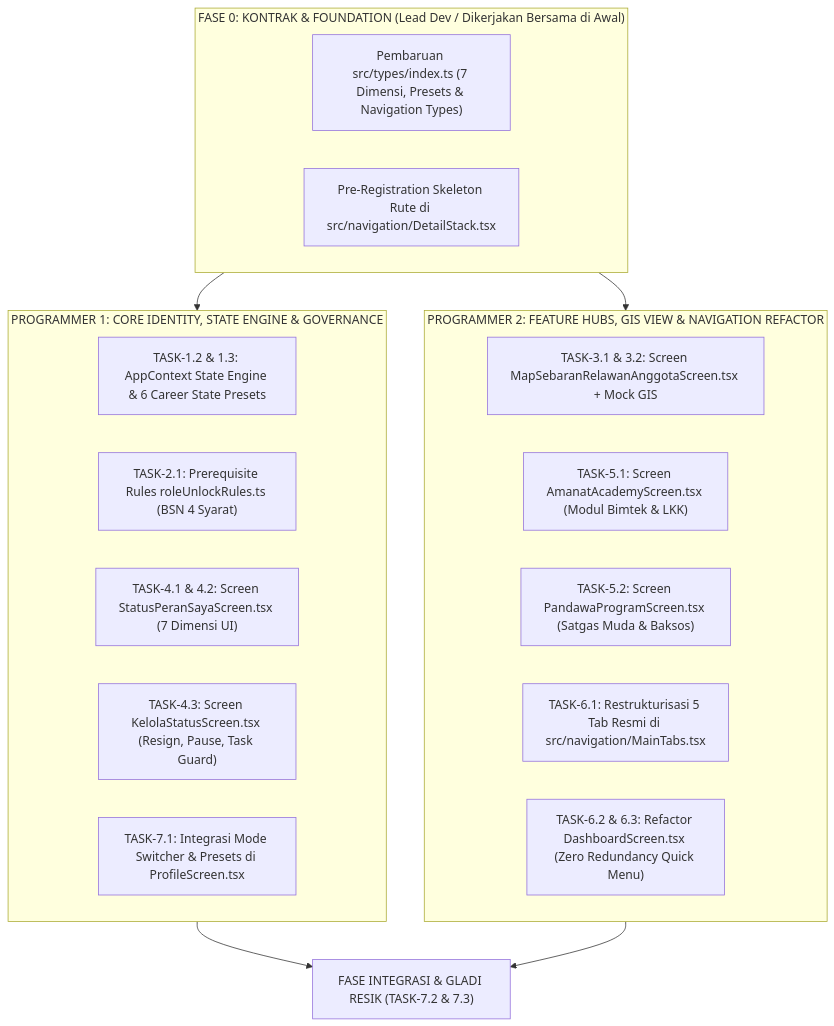
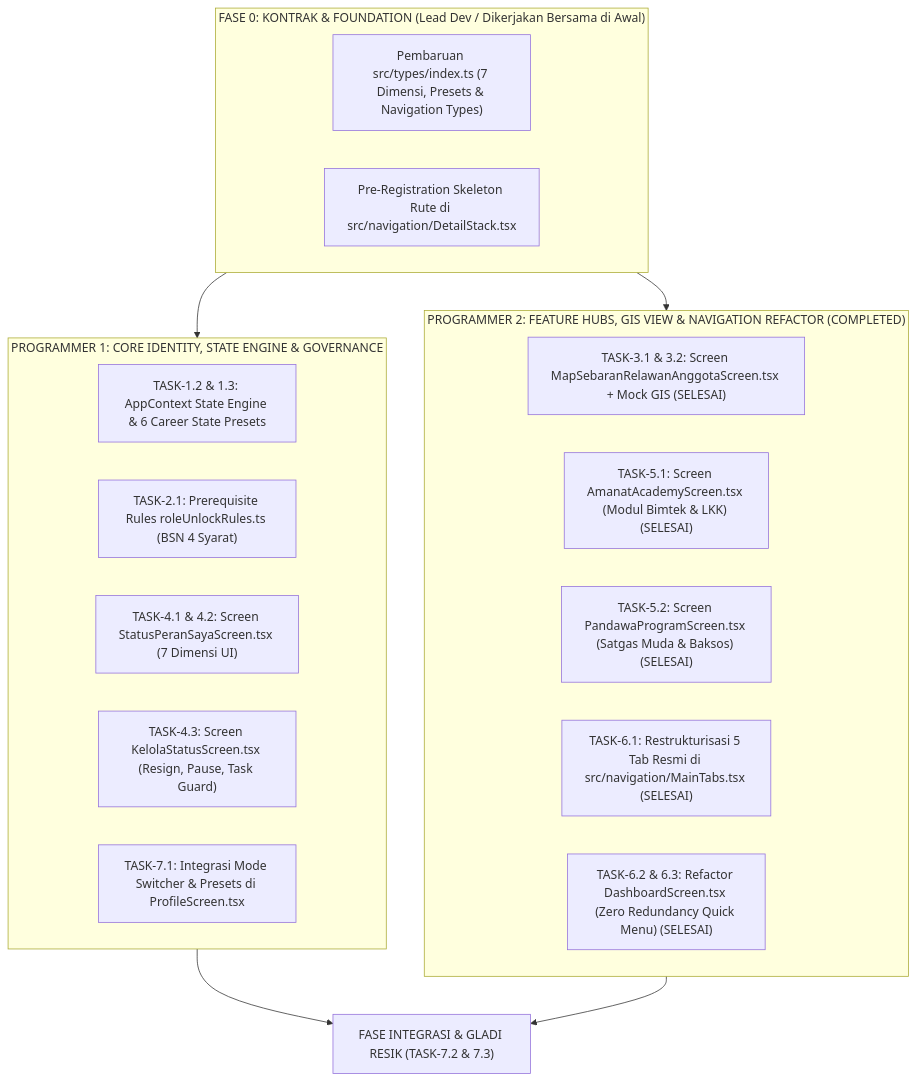
The second of 2 diagrams in docs/DAFTAR_TUGAS_PRESENTASI_DPP_PAN.md (deriana/360-mobile), drawn with Mermaid before and after one commit. The commit also changed other lines of this file, not shown here.

Commit message:
feat(docs): sinkronisasi checklist penyelesaian tugas programmer 2 stream b dpp pan

````diff
--- a/docs/DAFTAR_TUGAS_PRESENTASI_DPP_PAN.md
+++ b/docs/DAFTAR_TUGAS_PRESENTASI_DPP_PAN.md
@@ -480,29 +480,29 @@
 ```mermaid
 flowchart TD
     subgraph F0 ["FASE 0: KONTRAK & FOUNDATION (Lead Dev / Dikerjakan Bersama di Awal)"]
         F0A["Pembaruan src/types/index.ts (7 Dimensi, Presets & Navigation Types)"]
         F0B["Pre-Registration Skeleton Rute di src/navigation/DetailStack.tsx"]
     end
 
     F0 --> STREAM_A
     F0 --> STREAM_B
 
     subgraph STREAM_A ["PROGRAMMER 1: CORE IDENTITY, STATE ENGINE & GOVERNANCE"]
         A1["TASK-1.2 & 1.3: AppContext State Engine & 6 Career State Presets"]
         A2["TASK-2.1: Prerequisite Rules roleUnlockRules.ts (BSN 4 Syarat)"]
         A3["TASK-4.1 & 4.2: Screen StatusPeranSayaScreen.tsx (7 Dimensi UI)"]
         A4["TASK-4.3: Screen KelolaStatusScreen.tsx (Resign, Pause, Task Guard)"]
         A5["TASK-7.1: Integrasi Mode Switcher & Presets di ProfileScreen.tsx"]
     end
 
-    subgraph STREAM_B ["PROGRAMMER 2: FEATURE HUBS, GIS VIEW & NAVIGATION REFACTOR"]
-        B1["TASK-3.1 & 3.2: Screen MapSebaranRelawanAnggotaScreen.tsx + Mock GIS"]
-        B2["TASK-5.1: Screen AmanatAcademyScreen.tsx (Modul Bimtek & LKK)"]
-        B3["TASK-5.2: Screen PandawaProgramScreen.tsx (Satgas Muda & Baksos)"]
-        B4["TASK-6.1: Restrukturisasi 5 Tab Resmi di src/navigation/MainTabs.tsx"]
-        B5["TASK-6.2 & 6.3: Refactor DashboardScreen.tsx (Zero Redundancy Quick Menu)"]
+    subgraph STREAM_B ["PROGRAMMER 2: FEATURE HUBS, GIS VIEW & NAVIGATION REFACTOR (COMPLETED)"]
+        B1["TASK-3.1 & 3.2: Screen MapSebaranRelawanAnggotaScreen.tsx + Mock GIS (SELESAI)"]
+        B2["TASK-5.1: Screen AmanatAcademyScreen.tsx (Modul Bimtek & LKK) (SELESAI)"]
+        B3["TASK-5.2: Screen PandawaProgramScreen.tsx (Satgas Muda & Baksos) (SELESAI)"]
+        B4["TASK-6.1: Restrukturisasi 5 Tab Resmi di src/navigation/MainTabs.tsx (SELESAI)"]
+        B5["TASK-6.2 & 6.3: Refactor DashboardScreen.tsx (Zero Redundancy Quick Menu) (SELESAI)"]
     end
 
     STREAM_A --> F_SYNC["FASE INTEGRASI & GLADI RESIK (TASK-7.2 & 7.3)"]
     STREAM_B --> F_SYNC
 ```
````
